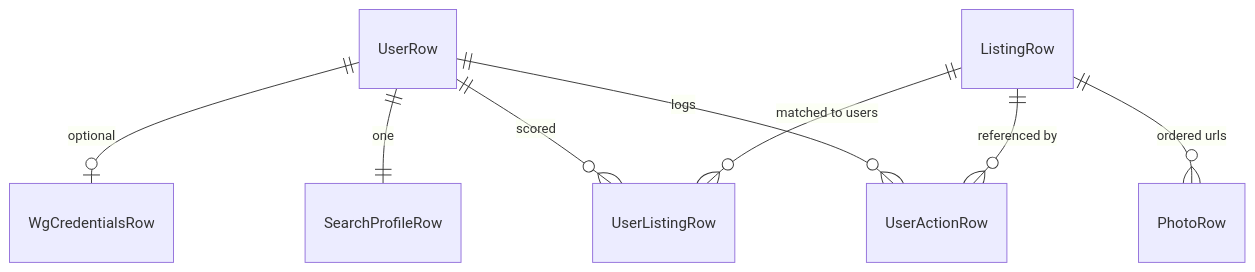
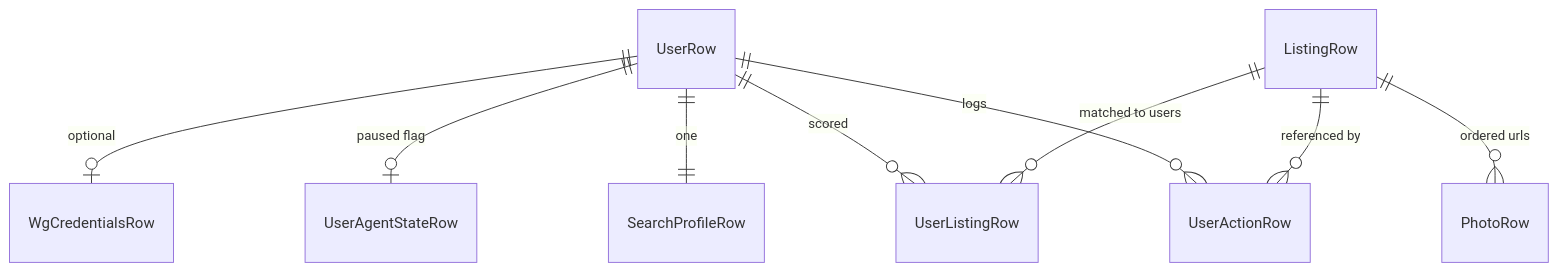
Before and after one commit to v-ya-ch-e/tumai-makeathon-2026: the first of 3 diagrams in docs/DATA_MODEL.md, drawn with Mermaid. The commit also changed other lines of this file and 19 other files, not shown here.

````diff
--- a/docs/DATA_MODEL.md
+++ b/docs/DATA_MODEL.md
@@ -156,10 +169,11 @@
 ```mermaid
 erDiagram
   UserRow ||--o| WgCredentialsRow : "optional"
+  UserRow ||--o| UserAgentStateRow : "paused flag"
   UserRow ||--|| SearchProfileRow : "one"
   UserRow ||--o{ UserListingRow : "scored"
   UserRow ||--o{ UserActionRow : "logs"
   ListingRow ||--o{ UserListingRow : "matched to users"
   ListingRow ||--o{ PhotoRow : "ordered urls"
   ListingRow ||--o{ UserActionRow : "referenced by"
 ```
````
